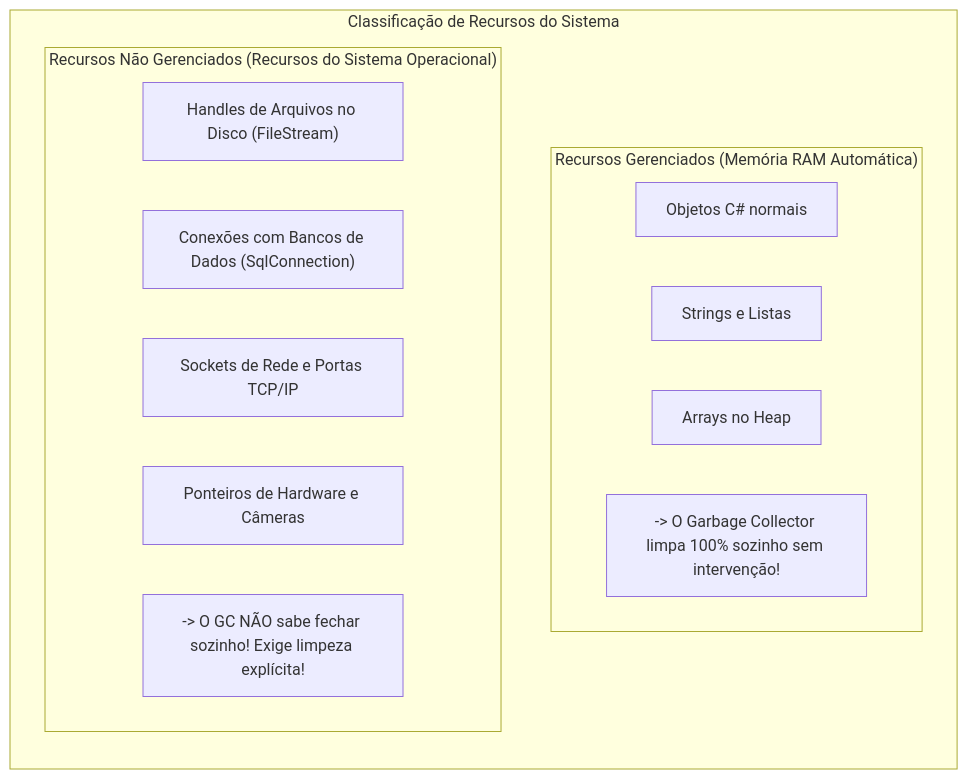
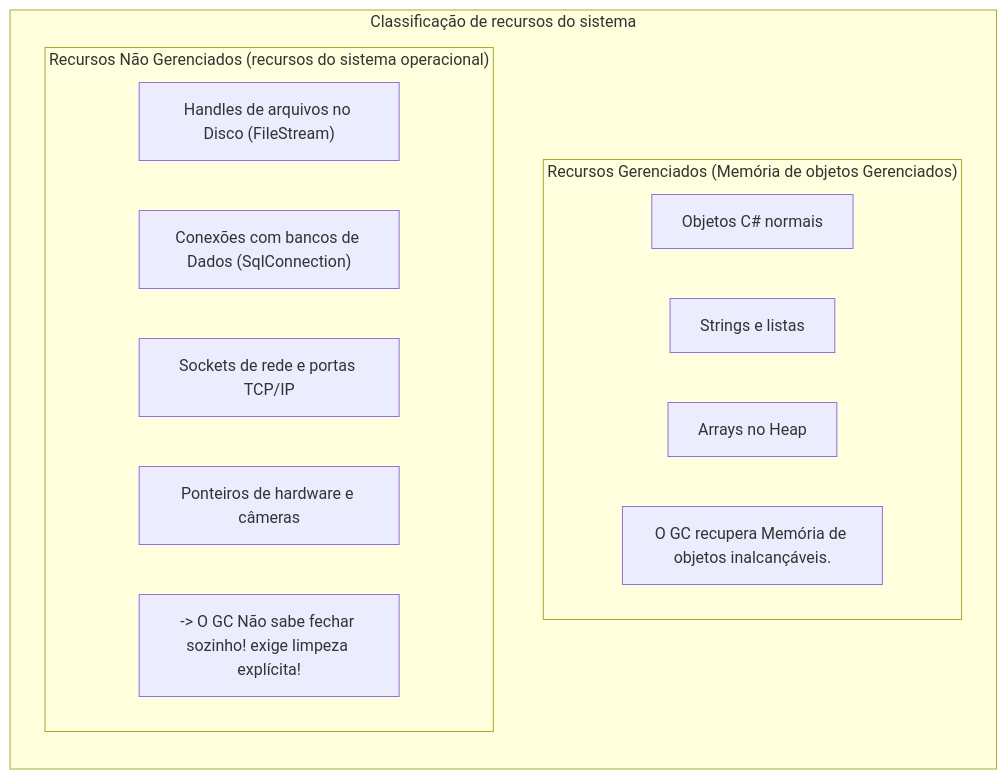
Before and after one commit to leorruas/puc: the fifth of 7 diagrams in 01. Programacao Modular/10. Destrutores e finalizadores (desalocação de memória e liberação de recursos).md, drawn with Mermaid. The commit also changed other lines of this file and 10 other files, not shown here.

````diff
--- a/01. Programacao Modular/10. Destrutores e finalizadores (desalocação de memória e liberação de recursos).md
+++ b/01. Programacao Modular/10. Destrutores e finalizadores (desalocação de memória e liberação de recursos).md
@@ -84,20 +352,20 @@
 ```mermaid
 flowchart TD
-    subgraph RecursosComparativo ["Classificação de Recursos do Sistema"]
+    subgraph RecursosComparativo ["Classificação de recursos do sistema"]
         direction TB
-        subgraph Gerenciados ["Recursos Gerenciados (Memória RAM Automática)"]
+        subgraph Gerenciados ["Recursos Gerenciados (Memória de objetos Gerenciados)"]
             G1["Objetos C# normais"]
-            G2["Strings e Listas"]
+            G2["Strings e listas"]
             G3["Arrays no Heap"]
-            G4["-> O Garbage Collector limpa 100% sozinho sem intervenção!"]
+            G4["O GC recupera Memória de objetos inalcançáveis."]
         end
 
-        subgraph NaoGerenciados ["Recursos Não Gerenciados (Recursos do Sistema Operacional)"]
-            NG1["Handles de Arquivos no Disco (FileStream)"]
-            NG2["Conexões com Bancos de Dados (SqlConnection)"]
-            NG3["Sockets de Rede e Portas TCP/IP"]
-            NG4["Ponteiros de Hardware e Câmeras"]
-            NG5["-> O GC NÃO sabe fechar sozinho! Exige limpeza explícita!"]
+        subgraph NaoGerenciados ["Recursos Não Gerenciados (recursos do sistema operacional)"]
+            NG1["Handles de arquivos no Disco (FileStream)"]
+            NG2["Conexões com bancos de Dados (SqlConnection)"]
+            NG3["Sockets de rede e portas TCP/IP"]
+            NG4["Ponteiros de hardware e câmeras"]
+            NG5["-> O GC Não sabe fechar sozinho! exige limpeza explícita!"]
         end
     end
 ```
````
